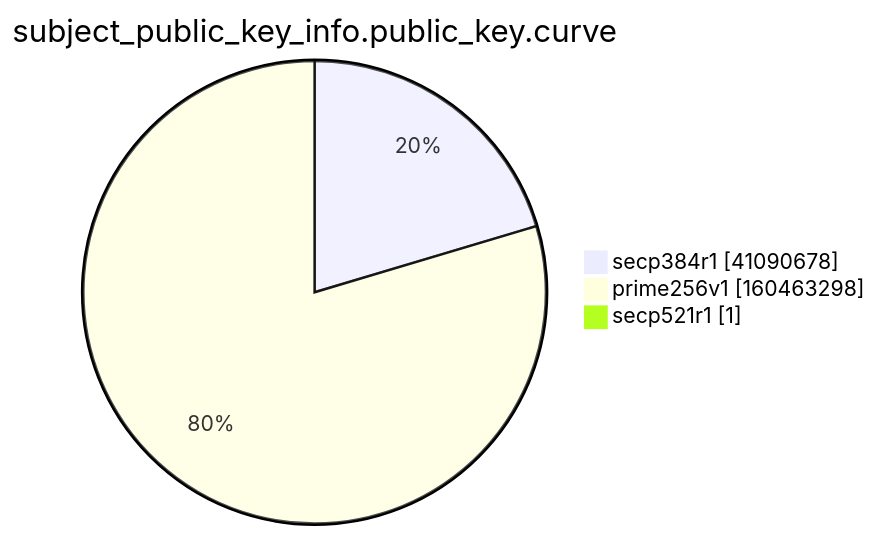
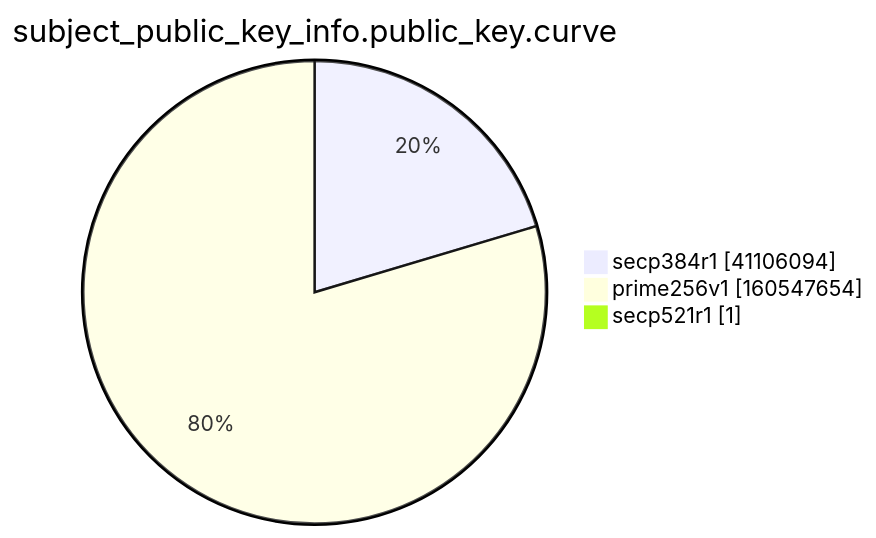
Before and after one commit to christiankrug/ctmonitor_visualization: the ninth of 15 diagrams in xenon2022/README.md, drawn with Mermaid. The commit also changed other lines of this file, not shown here.

````diff
--- a/xenon2022/README.md
+++ b/xenon2022/README.md
@@ -2868,7 +2868,7 @@
 ```mermaid
 pie showData
 title subject_public_key_info.public_key.curve
-"secp384r1" :41090678
-"prime256v1" :160463298
+"secp384r1" :41106094
+"prime256v1" :160547654
 "secp521r1" :1
 ```
````
